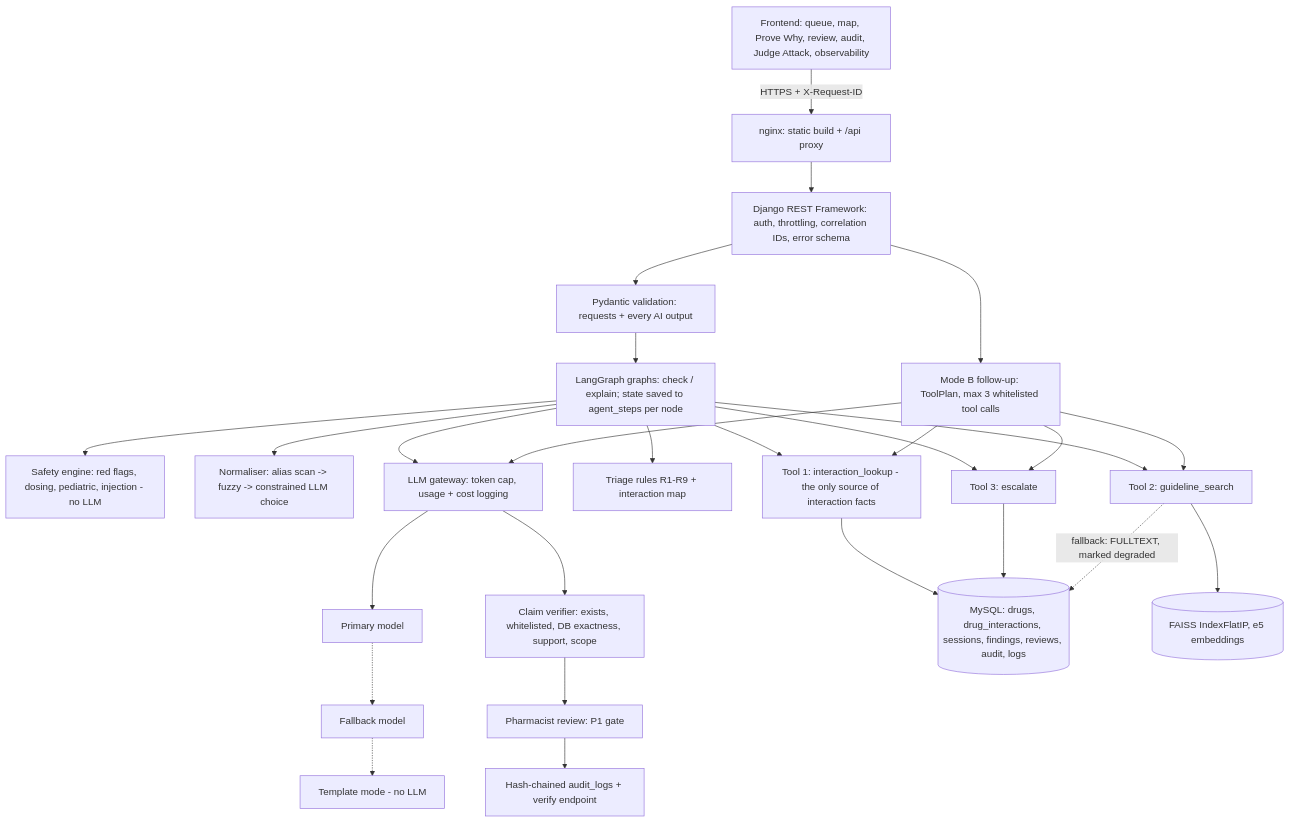
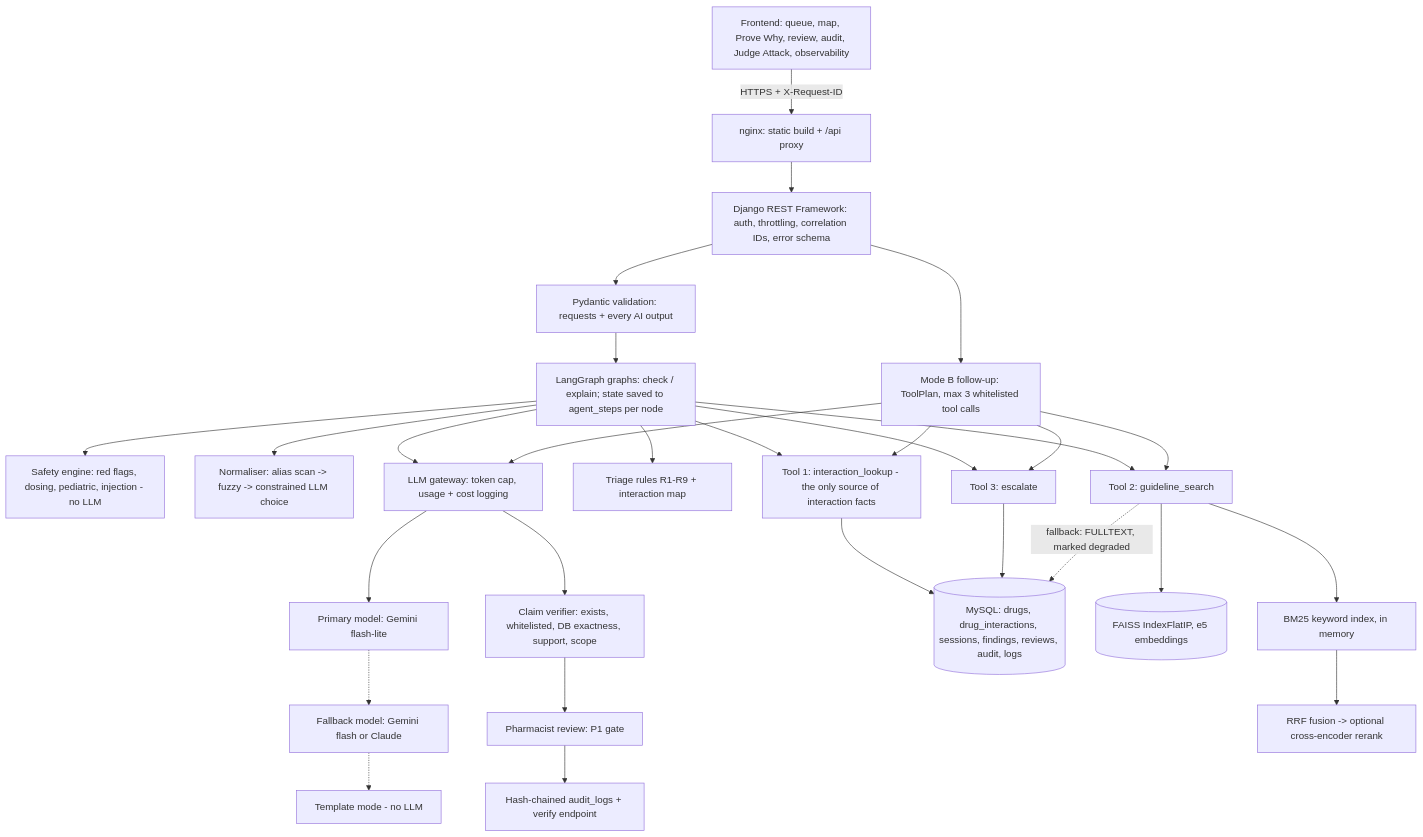
Before and after one commit to Avani-Sreejish/RxGuard: the diagram in docs/architecture.md, drawn with Mermaid. The commit also changed other lines of this file and 16 other files, not shown here.

````diff
--- a/docs/architecture.md
+++ b/docs/architecture.md
@@ -5,27 +5,28 @@
 ```mermaid
 flowchart TD
   FE[Frontend: queue, map, Prove Why, review, audit, Judge Attack, observability] -->|HTTPS + X-Request-ID| NG[nginx: static build + /api proxy]
   NG --> API[Django REST Framework: auth, throttling, correlation IDs, error schema]
   API --> VAL[Pydantic validation: requests + every AI output]
   VAL --> AG[LangGraph graphs: check / explain; state saved to agent_steps per node]
   API --> ASK[Mode B follow-up: ToolPlan, max 3 whitelisted tool calls]
   AG --> SAFE[Safety engine: red flags, dosing, pediatric, injection - no LLM]
   AG --> NORM[Normaliser: alias scan -> fuzzy -> constrained LLM choice]
   AG --> T1[Tool 1: interaction_lookup - the only source of interaction facts]
   AG --> TRI[Triage rules R1-R9 + interaction map]
   AG --> T2[Tool 2: guideline_search]
   AG --> T3[Tool 3: escalate]
   ASK --> T1
   ASK --> T2
   ASK --> T3
   AG --> GW[LLM gateway: token cap, usage + cost logging]
   ASK --> GW
-  GW --> M1[Primary model] -.-> M2[Fallback model] -.-> TPL[Template mode - no LLM]
+  GW --> M1[Primary model: Gemini flash-lite] -.-> M2[Fallback model: Gemini flash or Claude] -.-> TPL[Template mode - no LLM]
   GW --> VER[Claim verifier: exists, whitelisted, DB exactness, support, scope]
   VER --> HITL[Pharmacist review: P1 gate]
   HITL --> AUD[Hash-chained audit_logs + verify endpoint]
   T1 --> DB[(MySQL: drugs, drug_interactions, sessions, findings, reviews, audit, logs)]
   T3 --> DB
   T2 --> FX[(FAISS IndexFlatIP, e5 embeddings)]
+  T2 --> BM[BM25 keyword index, in memory] --> RRF[RRF fusion -> optional cross-encoder rerank]
   T2 -.fallback: FULLTEXT, marked degraded.-> DB
 ```
````
